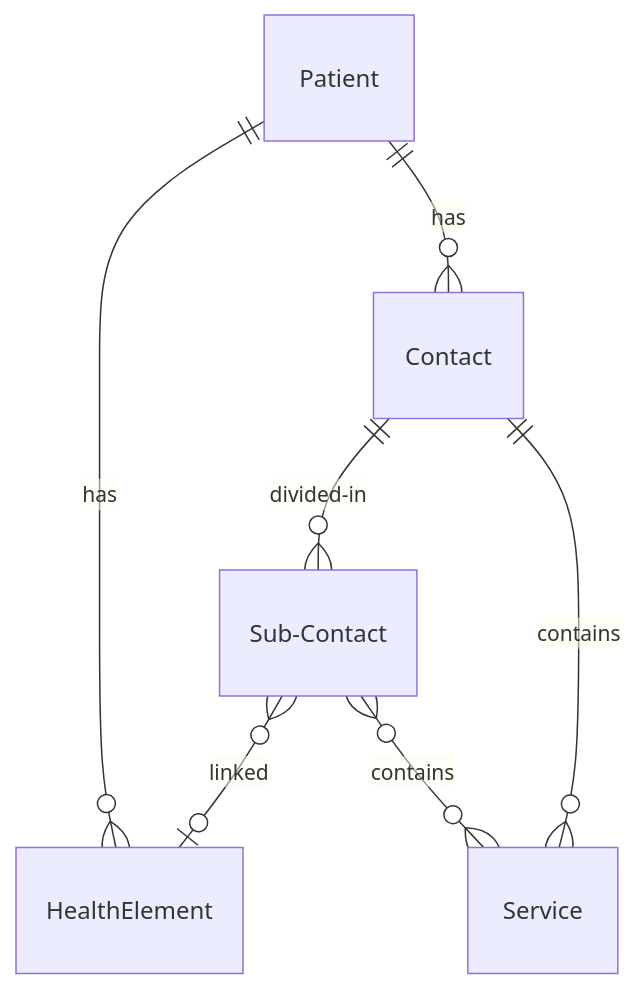
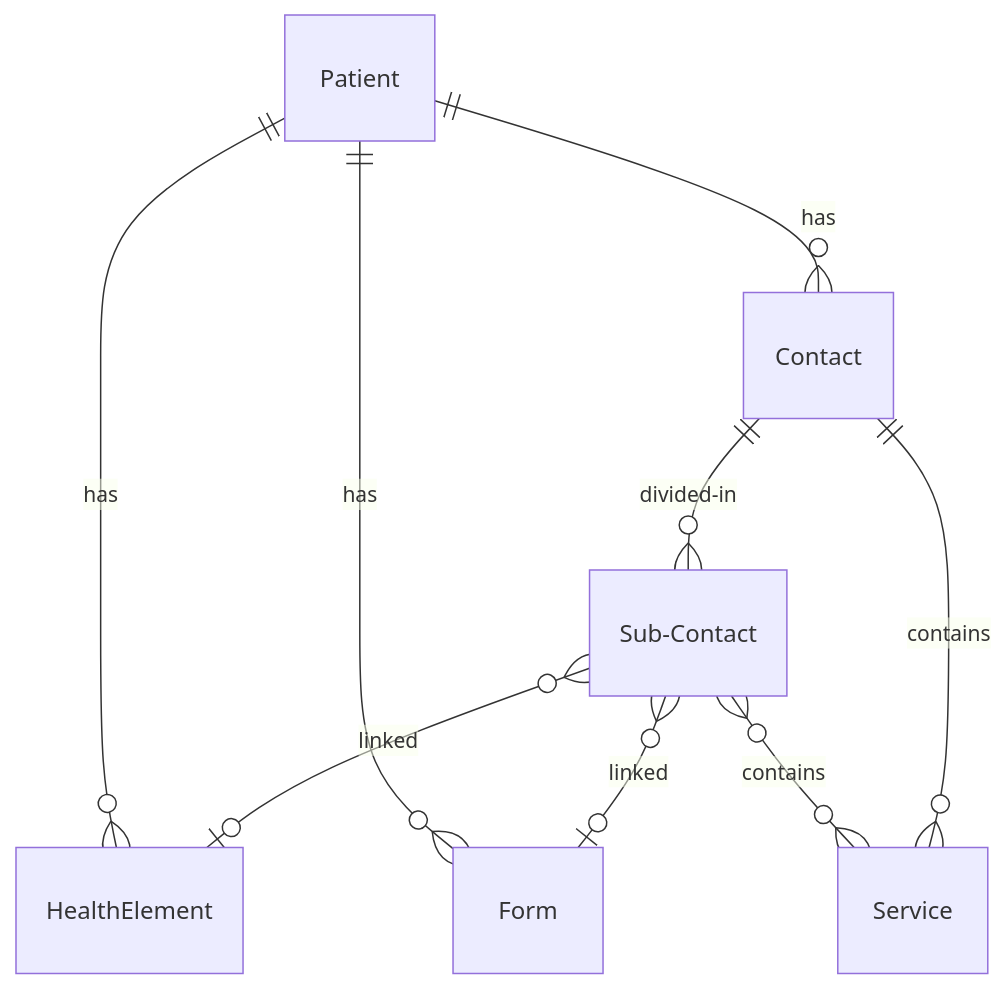
One commit to icure/medtech-docs changed the diagram in nsdk/explanations/data-model/index.mdx. Above: the diagram before and after it, drawn with Mermaid. The commit also changed other lines of this file, not shown here.

Commit message:
Fix mermaid graph in data-model

````diff
--- a/nsdk/explanations/data-model/index.mdx
+++ b/nsdk/explanations/data-model/index.mdx
@@ -48,9 +48,11 @@
 ```mermaid
 erDiagram
     Patient ||--o{ HealthElement : has
+    Patient ||--o{ Form : has
     Patient ||--o{ Contact : has
     Contact ||--o{ Sub-Contact : divided-in
     Sub-Contact }o--o{ Service : contains
     Contact ||--o{ Service : contains
     Sub-Contact }o--o| HealthElement : linked
+    Sub-Contact }o--o| Form : linked
 ```
````
